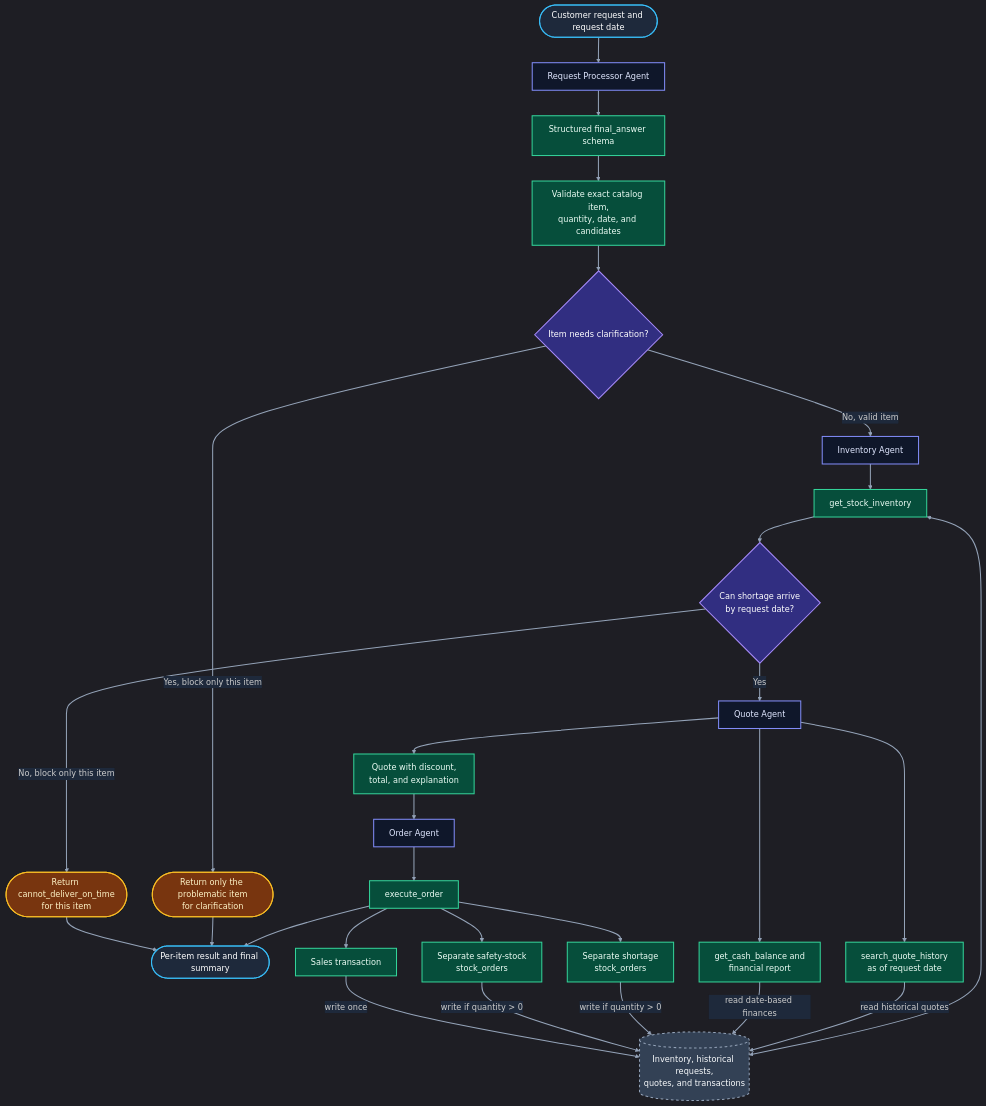
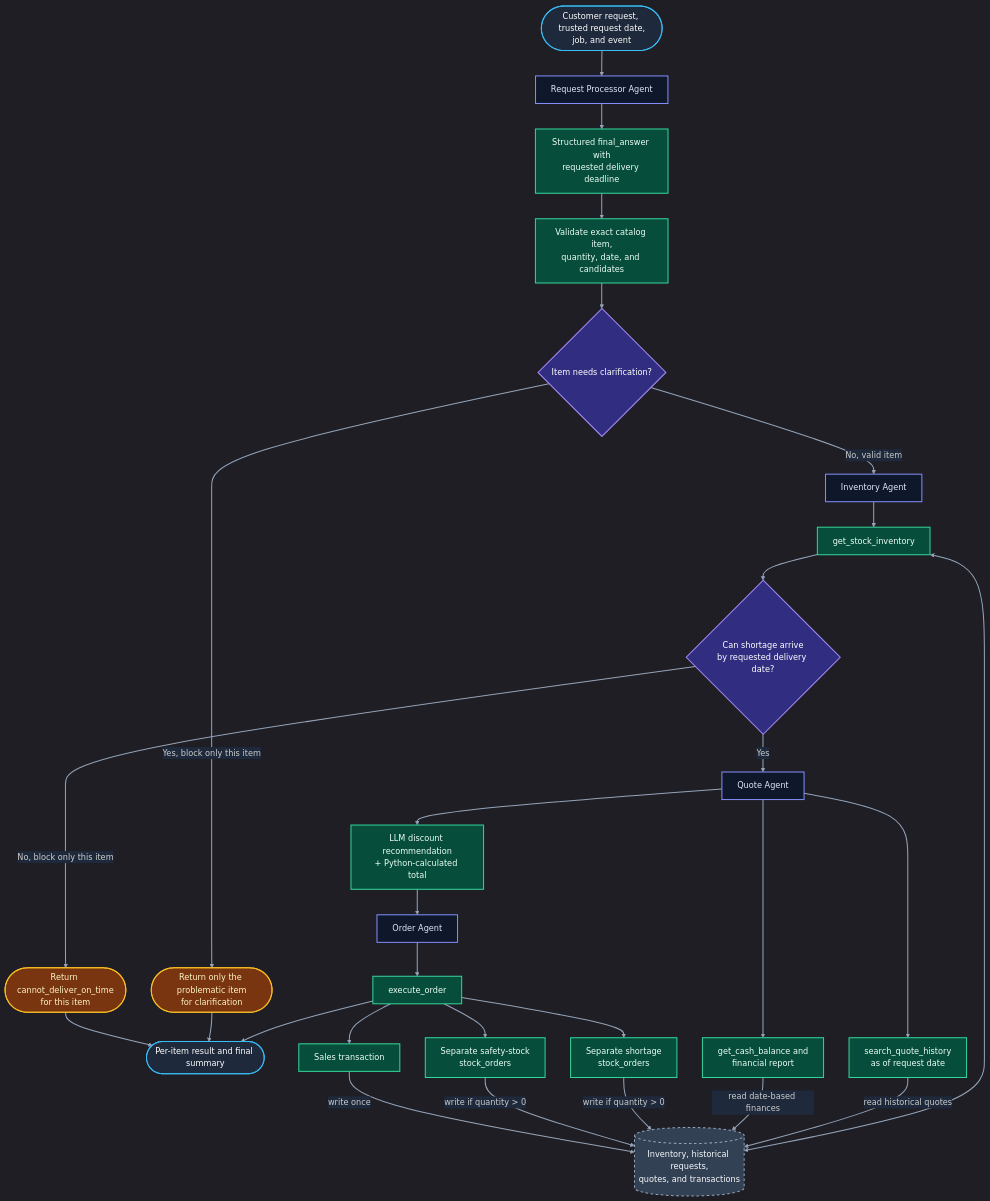
The diagram in flowchart.md (Achref280/munder-difflin-multi-agent-system), drawn with Mermaid before and after one commit. The commit also changed 3 other files, not shown here.

Commit message:
Separate delivery dates and enforce deterministic pricing

````diff
--- a/flowchart.md
+++ b/flowchart.md
@@ -1,71 +1,71 @@
 ```mermaid
 %%{init: {'theme': 'dark', 'themeVariables': { 'lineColor': '#38bdf8', 'primaryTextColor': '#f8fafc', 'edgeLabelBackground': '#1e293b'}}}%%
 flowchart TD
     classDef startend fill:#1e293b,stroke:#38bdf8,stroke-width:2px,color:#fff
     classDef agent fill:#0f172a,stroke:#818cf8,stroke-width:2px,color:#e0e7ff
     classDef decision fill:#312e81,stroke:#a78bfa,stroke-width:2px,color:#fff
     classDef tool fill:#064e3b,stroke:#34d399,stroke-width:2px,color:#ecfdf5
     classDef human fill:#78350f,stroke:#fbbf24,stroke-width:2px,color:#fef3c7
     classDef memory fill:#334155,stroke:#94a3b8,stroke-width:2px,stroke-dasharray: 5 5,color:#f8fafc
 
     linkStyle default stroke:#94a3b8,stroke-width:2px
 
-    Request([Customer request and request date]):::startend
+    Request([Customer request, trusted request date,<br/>job, and event]):::startend
     Result([Per-item result and final summary]):::startend
     Clarification([Return only the problematic item<br/>for clarification]):::human
     Late([Return cannot_deliver_on_time<br/>for this item]):::human
     DB[(Inventory, historical requests,<br/>quotes, and transactions)]:::memory
 
     Processor[Request Processor Agent]:::agent
-    StructuredFinal[Structured final_answer schema]:::tool
+    StructuredFinal[Structured final_answer with<br/>requested delivery deadline]:::tool
     Validate[Validate exact catalog item,<br/>quantity, date, and candidates]:::tool
     ClarificationGate{Item needs clarification?}:::decision
 
     InventoryAgent[Inventory Agent]:::agent
     StockTool[get_stock_inventory]:::tool
-    OnTimeGate{Can shortage arrive<br/>by request date?}:::decision
+    OnTimeGate{Can shortage arrive<br/>by requested delivery date?}:::decision
 
     QuoteAgent[Quote Agent]:::agent
     HistoryTool[search_quote_history<br/>as of request date]:::tool
     FinanceTools[get_cash_balance and<br/>financial report]:::tool
-    Pricing[Quote with discount,<br/>total, and explanation]:::tool
+    Pricing[LLM discount recommendation<br/>+ Python-calculated total]:::tool
 
     OrderAgent[Order Agent]:::agent
     ExecuteOrder[execute_order]:::tool
     ShortageOrder[Separate shortage<br/>stock_orders]:::tool
     SafetyOrder[Separate safety-stock<br/>stock_orders]:::tool
     Sale[Sales transaction]:::tool
 
     Request --> Processor
     Processor --> StructuredFinal
     StructuredFinal --> Validate
     Validate --> ClarificationGate
 
     ClarificationGate -->|No, valid item| InventoryAgent
     ClarificationGate -->|Yes, block only this item| Clarification
 
     InventoryAgent --> StockTool
     StockTool <--> DB
     StockTool --> OnTimeGate
 
     OnTimeGate -->|No, block only this item| Late
     OnTimeGate -->|Yes| QuoteAgent
 
     QuoteAgent --> HistoryTool
     HistoryTool -->|read historical quotes| DB
     QuoteAgent --> FinanceTools
     FinanceTools -->|read date-based finances| DB
     QuoteAgent --> Pricing
     Pricing --> OrderAgent
 
     OrderAgent --> ExecuteOrder
     ExecuteOrder --> ShortageOrder
     ExecuteOrder --> SafetyOrder
     ExecuteOrder --> Sale
     ShortageOrder -->|write if quantity > 0| DB
     SafetyOrder -->|write if quantity > 0| DB
     Sale -->|write once| DB
     ExecuteOrder --> Result
     Clarification --> Result
     Late --> Result
 ```
````
